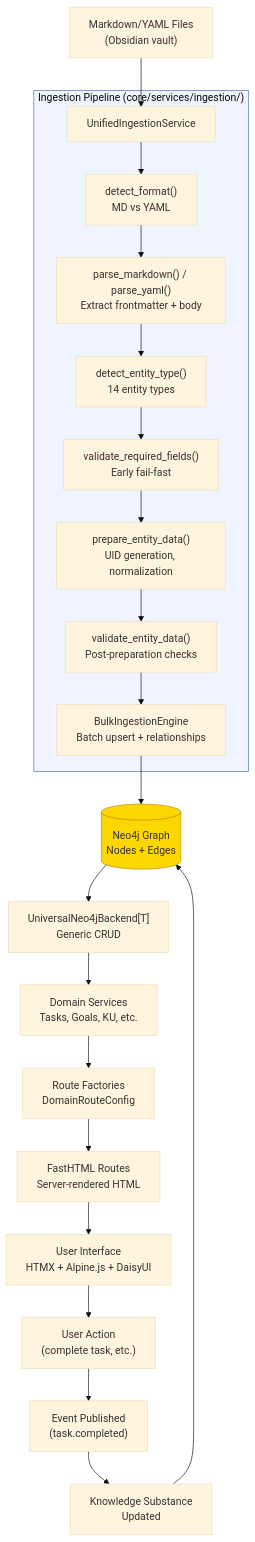
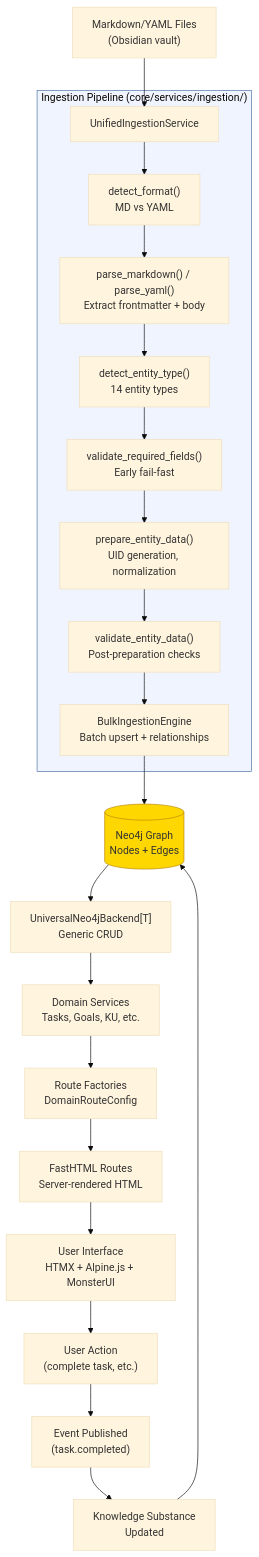
The first of 5 diagrams in app/docs/diagrams/ingestion_architecture.md (linguistic76/skuel), drawn with Mermaid (base theme) before and after one commit. The commit also changed other lines of this file and 54 other files, not shown here.

````diff
--- a/app/docs/diagrams/ingestion_architecture.md
+++ b/app/docs/diagrams/ingestion_architecture.md
@@ -15,30 +15,30 @@
 ```mermaid
 flowchart TD
     A["Markdown/YAML Files<br/>(Obsidian vault)"] --> B["UnifiedIngestionService"]
 
     subgraph Ingestion["Ingestion Pipeline (core/services/ingestion/)"]
         B --> C["detect_format()<br/>MD vs YAML"]
         C --> D["parse_markdown() / parse_yaml()<br/>Extract frontmatter + body"]
         D --> E["detect_entity_type()<br/>14 entity types"]
         E --> F["validate_required_fields()<br/>Early fail-fast"]
         F --> G["prepare_entity_data()<br/>UID generation, normalization"]
         G --> H["validate_entity_data()<br/>Post-preparation checks"]
         H --> I["BulkIngestionEngine<br/>Batch upsert + relationships"]
     end
 
     I --> J[("Neo4j Graph<br/>Nodes + Edges")]
 
     J --> K["UniversalNeo4jBackend[T]<br/>Generic CRUD"]
     K --> L["Domain Services<br/>Tasks, Goals, KU, etc."]
     L --> M["Route Factories<br/>DomainRouteConfig"]
     M --> N["FastHTML Routes<br/>Server-rendered HTML"]
-    N --> O["User Interface<br/>HTMX + Alpine.js + DaisyUI"]
+    N --> O["User Interface<br/>HTMX + Alpine.js + MonsterUI"]
 
     O --> P["User Action<br/>(complete task, etc.)"]
     P --> Q["Event Published<br/>(task.completed)"]
     Q --> R["Knowledge Substance<br/>Updated"]
     R --> J
 
     style Ingestion fill:#f0f4ff,stroke:#4a6fa5
     style J fill:#ffd700,stroke:#b8860b
 ```
````
